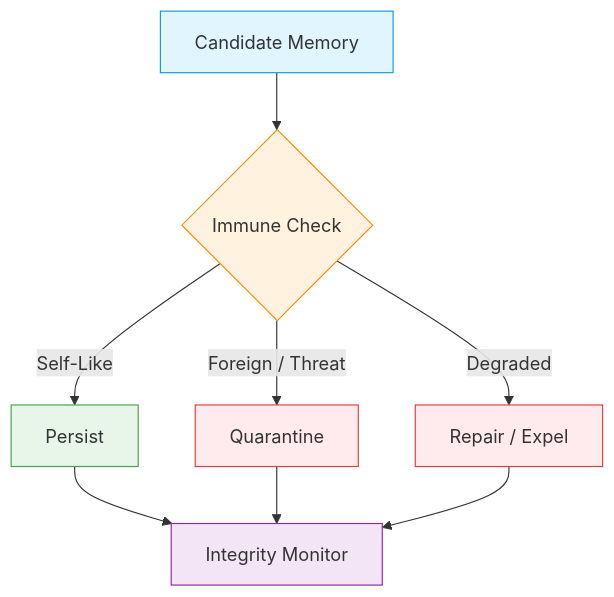
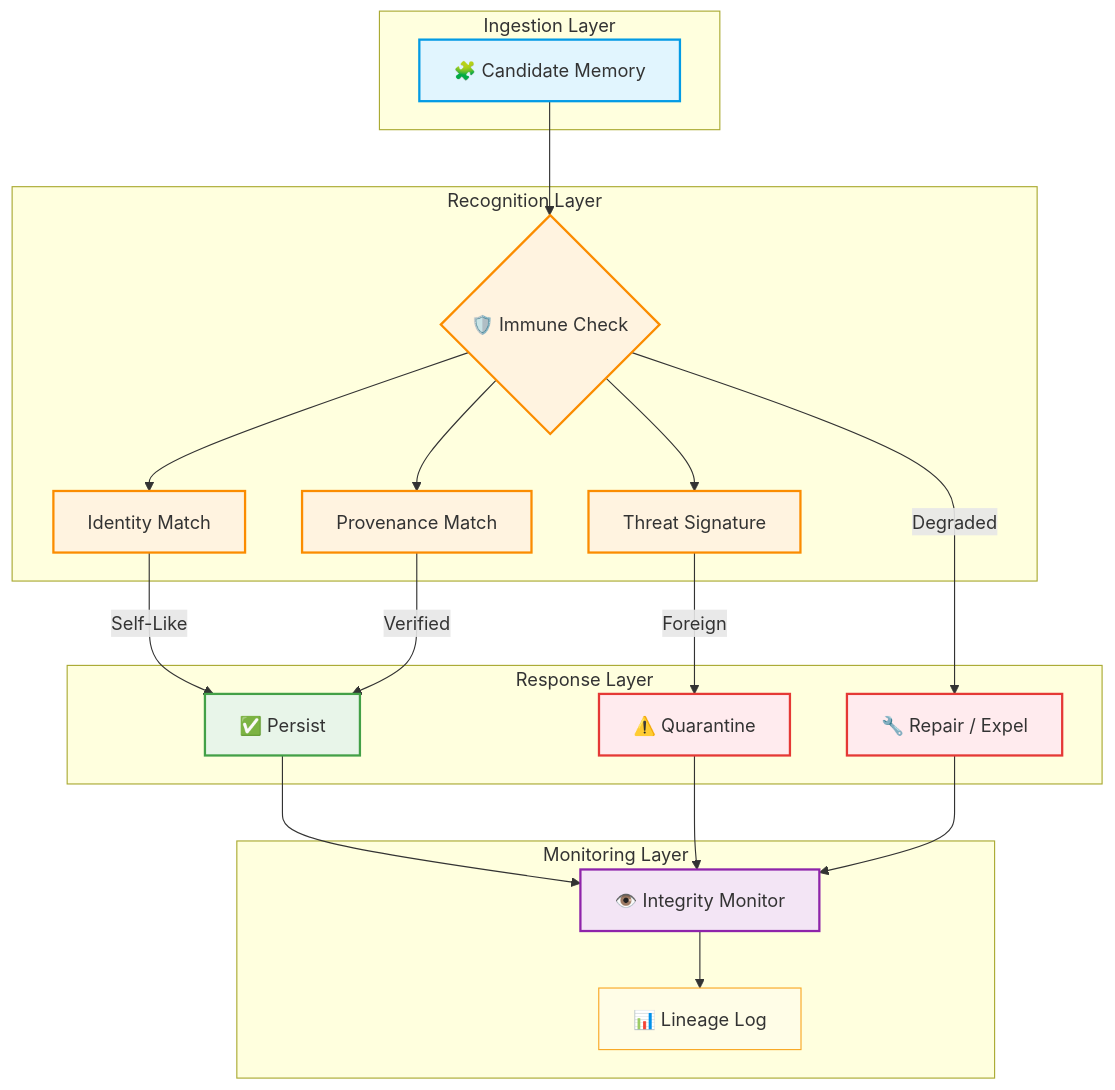
Before and after one commit to trangyp/AMOS-OS: the diagram in 02_KERNEL/05_MEMORY/K_MEMORY_IMMUNE.md, drawn with Mermaid.

Commit message:
Make K_MEMORY_IMMUNE placeholder Mermaid more visual with colors and subgraphs

````diff
--- a/02_KERNEL/05_MEMORY/K_MEMORY_IMMUNE.md
+++ b/02_KERNEL/05_MEMORY/K_MEMORY_IMMUNE.md
@@ -9,16 +9,51 @@
 ```mermaid
 flowchart TD
-    A["Candidate Memory"] --> B{"Immune Check"}
-    B -->|Self-Like| C["Persist"]
-    B -->|Foreign / Threat| D["Quarantine"]
-    B -->|Degraded| E["Repair / Expel"]
-    C --> F["Integrity Monitor"]
+    subgraph INGESTION ["Ingestion Layer"]
+        A["🧩 Candidate Memory"]
+    end
+
+    subgraph RECOGNITION ["Recognition Layer"]
+        B{"🛡️ Immune Check"}
+        B1["Identity Match"]
+        B2["Provenance Match"]
+        B3["Threat Signature"]
+    end
+
+    subgraph RESPONSE ["Response Layer"]
+        C["✅ Persist"]
+        D["⚠️ Quarantine"]
+        E["🔧 Repair / Expel"]
+    end
+
+    subgraph MONITOR ["Monitoring Layer"]
+        F["👁️ Integrity Monitor"]
+        G["📊 Lineage Log"]
+    end
+
+    A --> B
+    B --> B1
+    B --> B2
+    B --> B3
+    B1 -->|Self-Like| C
+    B2 -->|Verified| C
+    B3 -->|Foreign| D
+    B -->|Degraded| E
+    C --> F
     D --> F
     E --> F
-    style A fill:#e1f5fe,stroke:#039be5
-    style B fill:#fff3e0,stroke:#fb8c00
-    style C fill:#e8f5e9,stroke:#43a047
-    style D fill:#ffebee,stroke:#e53935
-    style E fill:#ffebee,stroke:#e53935
-    style F fill:#f3e5f5,stroke:#8e24aa
+    F --> G
+
+    classDef input fill:#e1f5fe,stroke:#039be5,stroke-width:2px
+    classDef gate fill:#fff3e0,stroke:#fb8c00,stroke-width:2px
+    classDef safe fill:#e8f5e9,stroke:#43a047,stroke-width:2px
+    classDef danger fill:#ffebee,stroke:#e53935,stroke-width:2px
+    classDef monitor fill:#f3e5f5,stroke:#8e24aa,stroke-width:2px
+    classDef log fill:#fffde7,stroke:#f9a825,stroke-width:1px
+
+    class A input
+    class B,B1,B2,B3 gate
+    class C safe
+    class D,E danger
+    class F monitor
+    class G log
 ```
````
